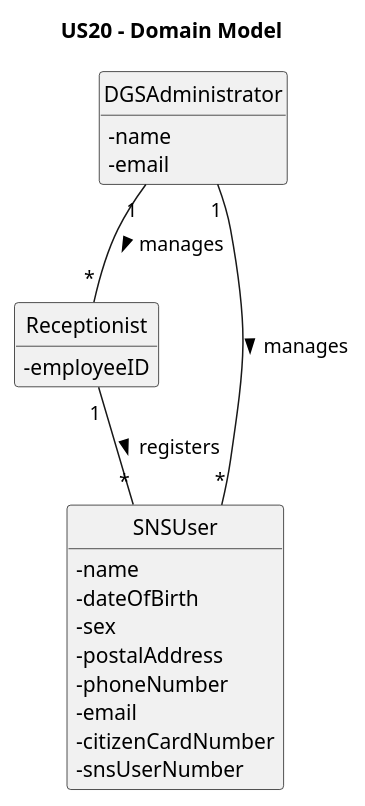
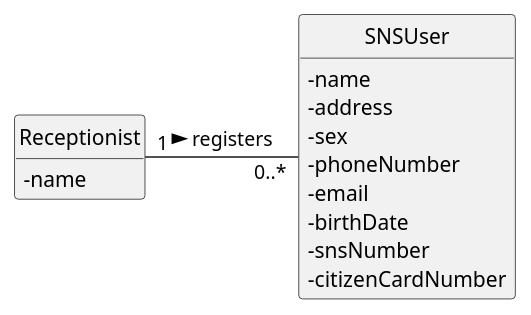
Before and after one commit to luluisfcm/leti-esoft-25-26-B5: the diagram in docs/system-documentation/US20/puml/US20-DM.puml, drawn with PlantUML. The commit also changed 19 other files, not shown here.

```diff
--- a/docs/system-documentation/US20/puml/US20-DM.puml
+++ b/docs/system-documentation/US20/puml/US20-DM.puml
@@ -1,32 +1,24 @@
 @startuml
-title US20 - Domain Model
+'https://plantuml.com/class-diagram
+skinparam classAttributeIconSize 0
+hide circle
 hide methods
-hide circles
-skinparam classAttributeIconSize 0
-
-class DGSAdministrator {
-    - name
-    - email
-}
 
 class Receptionist {
-    - employeeID
+    - name
 }
 
 class SNSUser {
     - name
-    -dateOfBirth
-    -sex
-    -postalAddress
-    -phoneNumber
-    -email
-    -citizenCardNumber
-    -snsUserNumber
+    - address
+    - sex
+    - phoneNumber
+    - email
+    - birthDate
+    - snsNumber
+    - citizenCardNumber
 }
 
-' Relations based on your structure
-DGSAdministrator "1" -- "*" SNSUser : manages >
-DGSAdministrator "1" -- "*" Receptionist : manages >
-Receptionist "1" -- "*" SNSUser : registers >
+Receptionist "1" -right-- "0..*" SNSUser:  registers >
 
 @enduml
```
